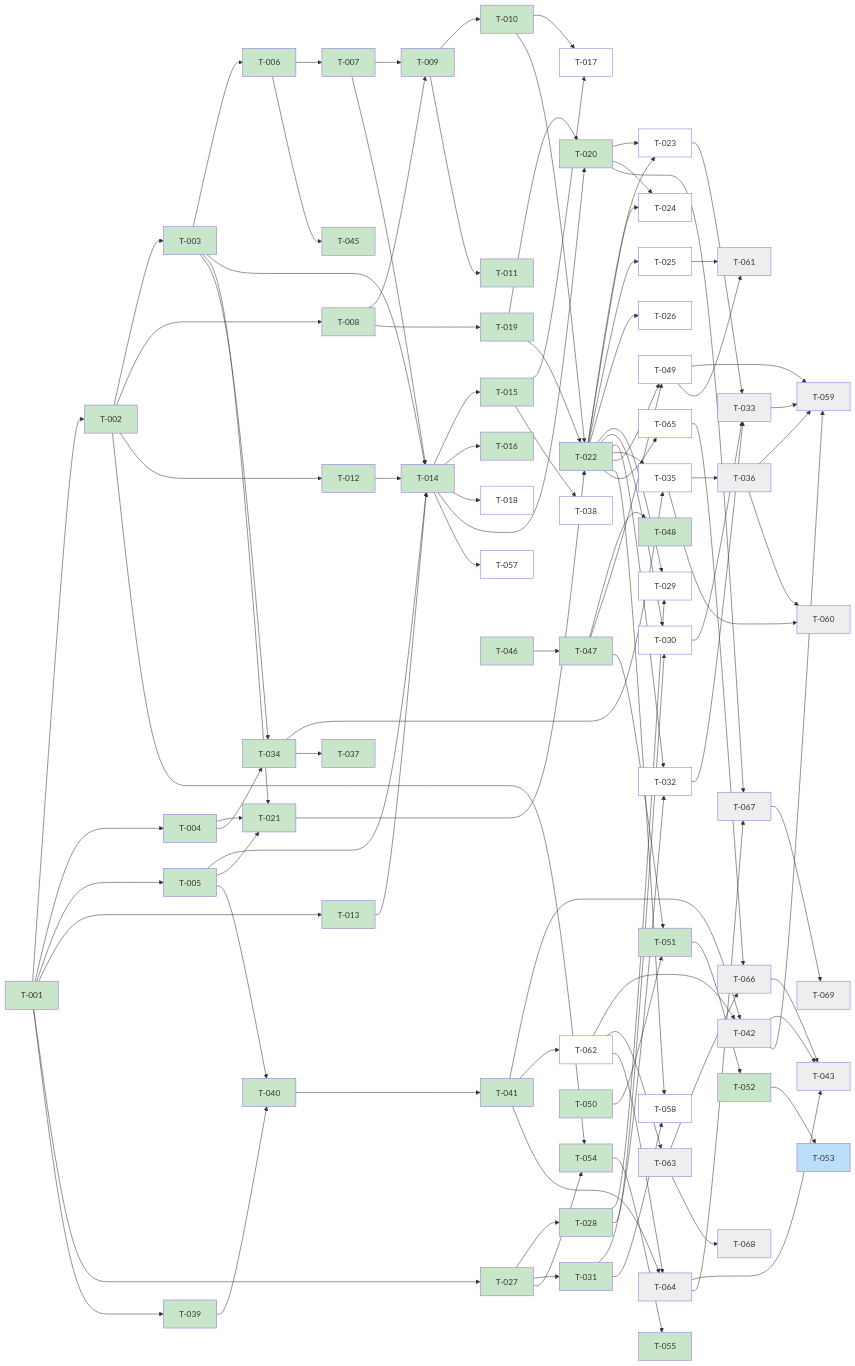
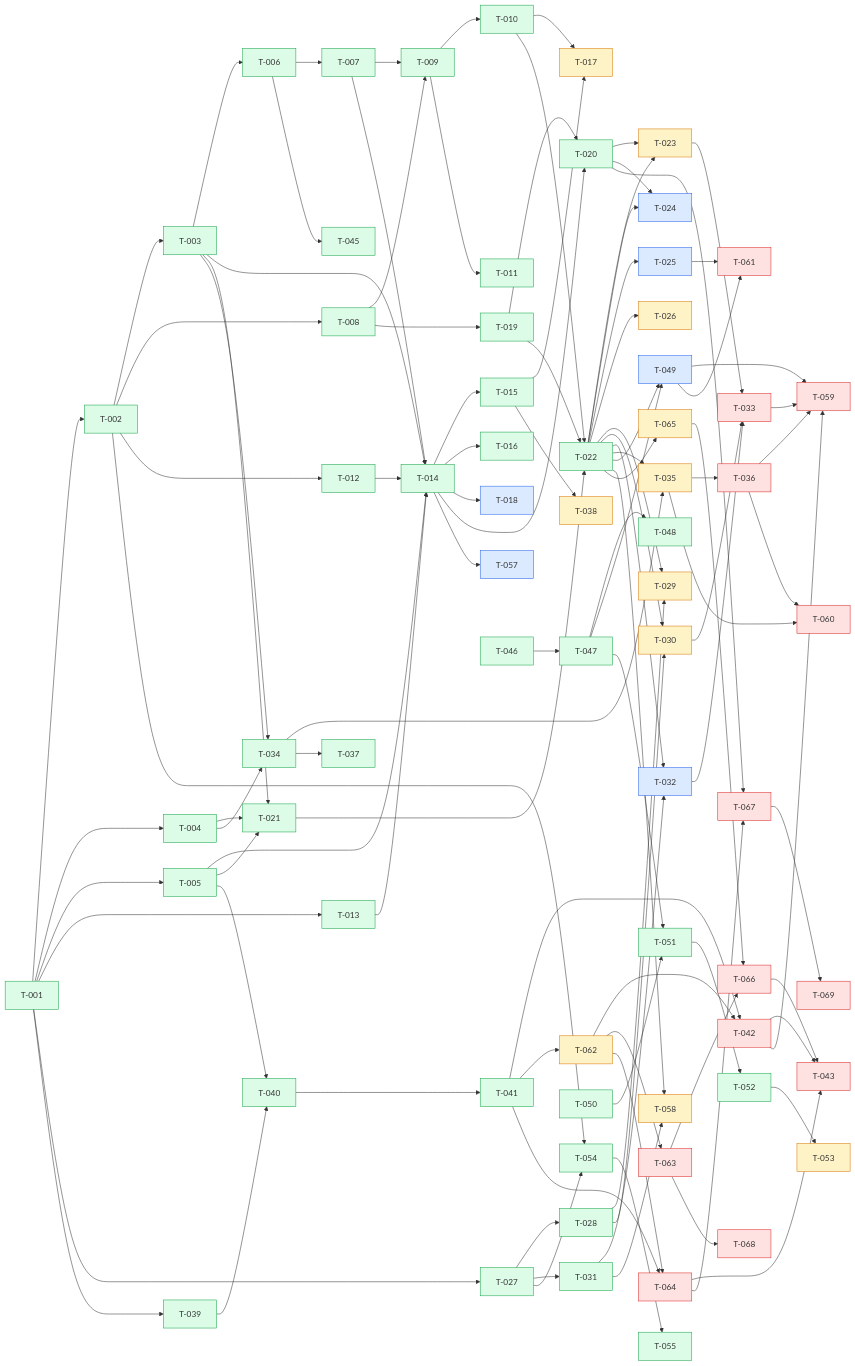
The diagram in kanban/BOARD.md (scholtz/biatec-chat), drawn with Mermaid before and after one commit. The commit also changed other lines of this file and 10 other files, not shown here.

````diff
--- a/kanban/BOARD.md
+++ b/kanban/BOARD.md
@@ -205,13 +205,79 @@
   T064[T-064] --> T067[T-067]
   T063[T-063] --> T068[T-068]
   T067[T-067] --> T069[T-069]
-  classDef done fill:#c8e6c9
-  classDef review fill:#fff9c4
-  classDef inprogress fill:#bbdefb
-  classDef backlog fill:#ffffff
-  classDef blocked fill:#eeeeee
-  class T001,T002,T003,T004,T005,T006,T007,T008,T009,T010,T011,T012,T013,T014,T015,T016,T019,T020,T021,T022,T027,T028,T031,T034,T037,T039,T040,T041,T044,T045,T046,T047,T048,T050,T051,T052,T054,T055,T056 done
-  class T053 inprogress
-  class T023,T017,T024,T029,T030,T032,T035,T038,T049,T062,T018,T025,T026,T065,T057,T058 backlog
-  class T042,T033,T036,T059,T063,T064,T043,T066,T068,T060,T061,T067,T069 blocked
+  classDef backlog fill:#dbeafe,stroke:#2563eb
+  classDef prog fill:#fef3c7,stroke:#d97706
+  classDef blocked fill:#fee2e2,stroke:#dc2626
+  classDef review fill:#ede9fe,stroke:#7c3aed
+  classDef done fill:#dcfce7,stroke:#16a34a
+  class T001 done
+  class T002 done
+  class T003 done
+  class T004 done
+  class T005 done
+  class T006 done
+  class T007 done
+  class T008 done
+  class T009 done
+  class T010 done
+  class T011 done
+  class T012 done
+  class T013 done
+  class T014 done
+  class T015 done
+  class T016 done
+  class T017 prog
+  class T018 backlog
+  class T019 done
+  class T020 done
+  class T021 done
+  class T022 done
+  class T023 prog
+  class T024 backlog
+  class T025 backlog
+  class T026 prog
+  class T027 done
+  class T028 done
+  class T029 prog
+  class T030 prog
+  class T031 done
+  class T032 backlog
+  class T033 blocked
+  class T034 done
+  class T035 prog
+  class T036 blocked
+  class T037 done
+  class T038 prog
+  class T039 done
+  class T040 done
+  class T041 done
+  class T042 blocked
+  class T043 blocked
+  class T044 done
+  class T045 done
+  class T046 done
+  class T047 done
+  class T048 done
+  class T049 backlog
+  class T050 done
+  class T051 done
+  class T052 done
+  class T053 prog
+  class T054 done
+  class T055 done
+  class T056 done
+  class T057 backlog
+  class T058 prog
+  class T059 blocked
+  class T060 blocked
+  class T061 blocked
+  class T062 prog
+  class T063 blocked
+  class T064 blocked
+  class T065 prog
+  class T066 blocked
+  class T067 blocked
+  class T068 blocked
+  class T069 blocked
+
 ```
````
